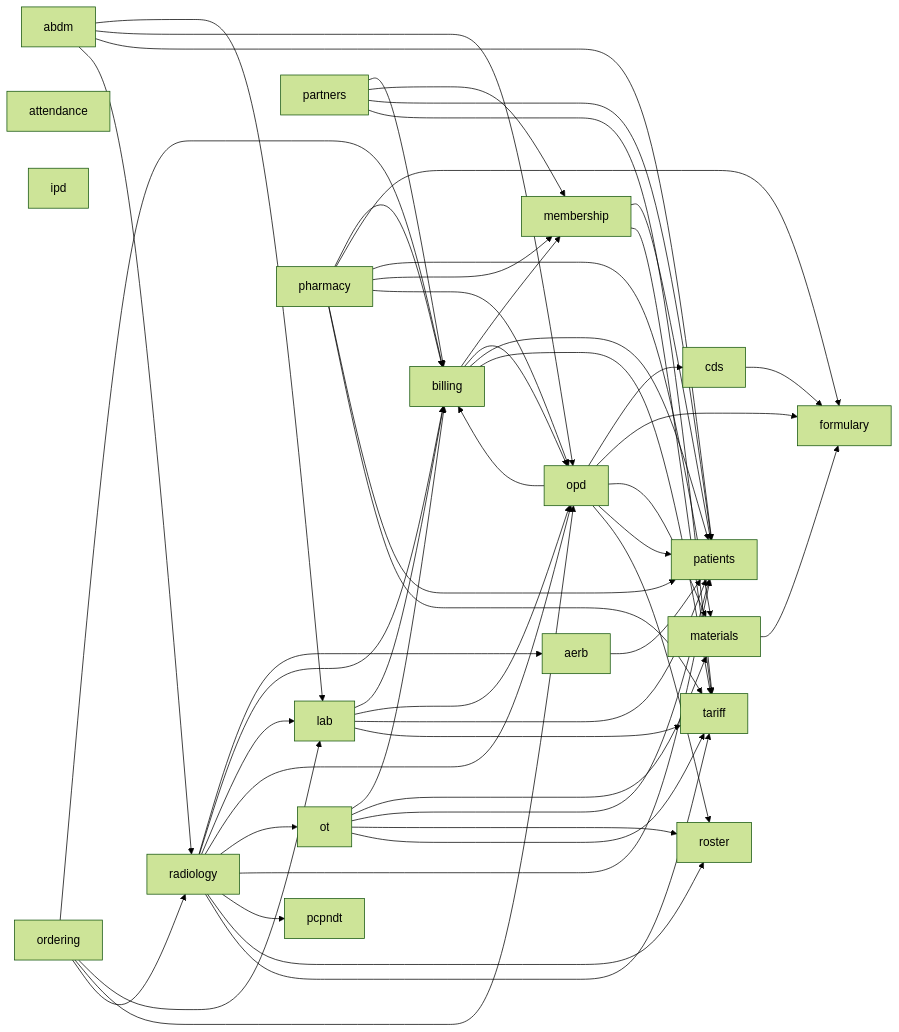
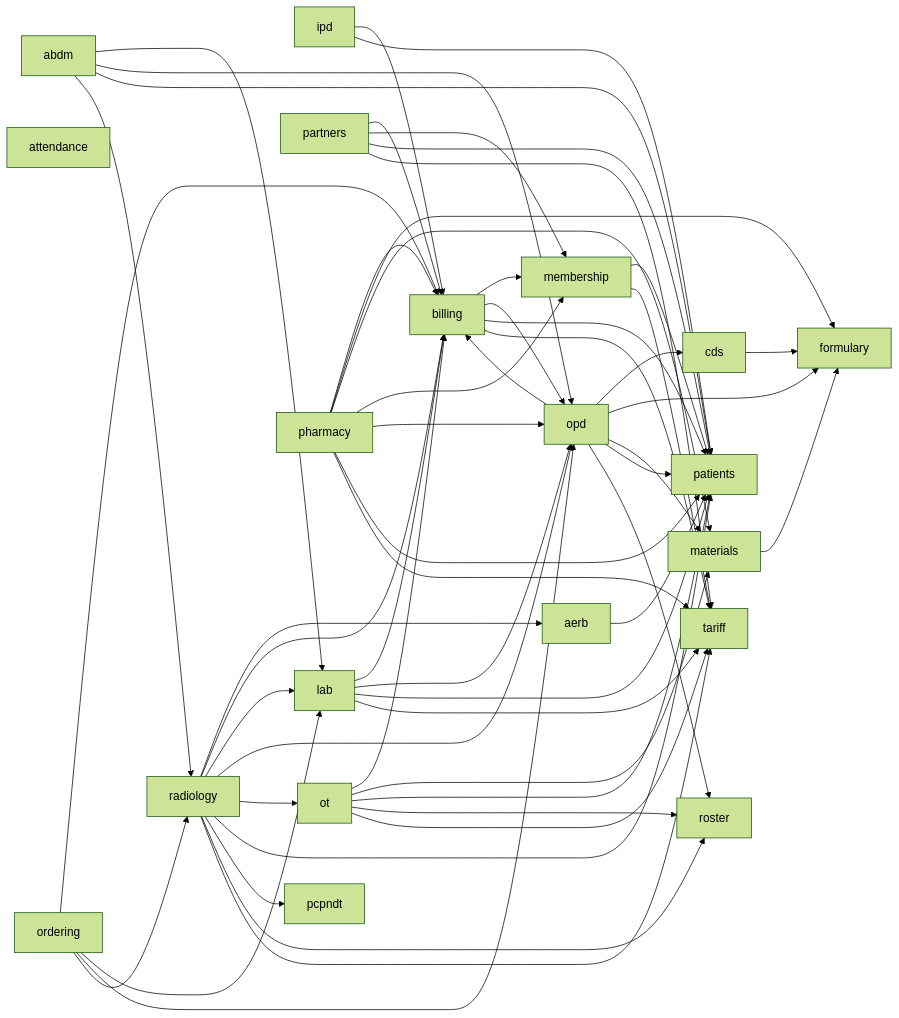
One commit to ankits3a/hims-hmis changed the second of 2 diagrams in docs/architecture/README.md. Above: the diagram before and after it, drawn with Mermaid (forest theme). The commit also changed other lines of this file and 55 other files, not shown here.

````diff
--- a/docs/architecture/README.md
+++ b/docs/architecture/README.md
@@ -31,75 +31,77 @@
 ```mermaid
 flowchart LR
   abdm[abdm]
   aerb[aerb]
   attendance[attendance]
   billing[billing]
   cds[cds]
   formulary[formulary]
   ipd[ipd]
   lab[lab]
   materials[materials]
   membership[membership]
   opd[opd]
   ordering[ordering]
   ot[ot]
   partners[partners]
   patients[patients]
   pcpndt[pcpndt]
   pharmacy[pharmacy]
   radiology[radiology]
   roster[roster]
   tariff[tariff]
   abdm --> lab
   abdm --> opd
   abdm --> patients
   abdm --> radiology
   aerb --> patients
   billing --> membership
   billing --> opd
   billing --> patients
   billing --> tariff
   cds --> formulary
+  ipd --> billing
+  ipd --> patients
   lab --> billing
   lab --> opd
   lab --> patients
   lab --> tariff
   materials --> formulary
   membership --> patients
   membership --> tariff
   opd --> billing
   opd --> cds
   opd --> formulary
   opd --> materials
   opd --> patients
   opd --> roster
   ordering --> billing
   ordering --> lab
   ordering --> opd
   ordering --> radiology
   ot --> billing
   ot --> materials
   ot --> patients
   ot --> roster
   ot --> tariff
   partners --> billing
   partners --> membership
   partners --> patients
   partners --> tariff
   pharmacy --> billing
   pharmacy --> formulary
   pharmacy --> materials
   pharmacy --> membership
   pharmacy --> opd
   pharmacy --> patients
   pharmacy --> tariff
   radiology --> aerb
   radiology --> billing
   radiology --> lab
   radiology --> opd
   radiology --> ot
   radiology --> patients
   radiology --> pcpndt
   radiology --> roster
   radiology --> tariff
 ```
````
